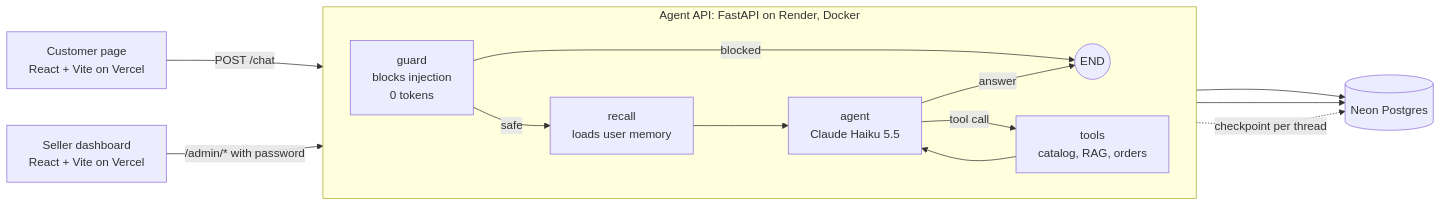
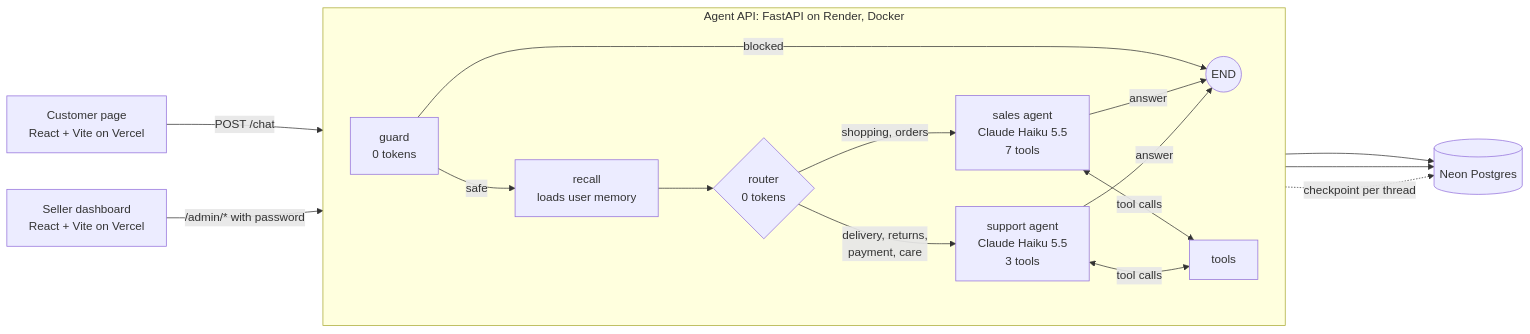
Before and after one commit to aimennnnn/shopbot: the diagram in README.md, drawn with Mermaid. The commit also changed other lines of this file and 14 other files, not shown here.

````diff
--- a/README.md
+++ b/README.md
@@ -22,19 +22,22 @@
 ```mermaid
 flowchart LR
     C[Customer page<br/>React + Vite on Vercel] -->|POST /chat| API
     S[Seller dashboard<br/>React + Vite on Vercel] -->|/admin/* with password| API
 
     subgraph API[Agent API: FastAPI on Render, Docker]
         direction LR
-        G[guard<br/>blocks injection<br/>0 tokens] -->|safe| R[recall<br/>loads user memory]
+        G[guard<br/>0 tokens] -->|safe| R[recall<br/>loads user memory]
         G -->|blocked| E((END))
-        R --> A[agent<br/>Claude Haiku 5.5]
-        A -->|tool call| T[tools<br/>catalog, RAG, orders]
-        T --> A
-        A -->|answer| E
+        R --> RT{router<br/>0 tokens}
+        RT -->|shopping, orders| SA[sales agent<br/>Claude Haiku 5.5<br/>7 tools]
+        RT -->|delivery, returns,<br/>payment, care| SU[support agent<br/>Claude Haiku 5.5<br/>3 tools]
+        SA <-->|tool calls| T[tools]
+        SU <-->|tool calls| T
+        SA -->|answer| E
+        SU -->|answer| E
     end
 
     T --> DB[(Neon Postgres)]
     R --> DB
-    A -.checkpoint per thread.-> DB
+    SA -.checkpoint per thread.-> DB
 ```
````
